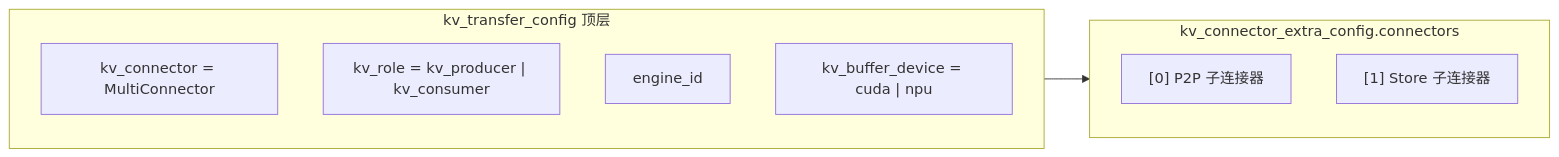
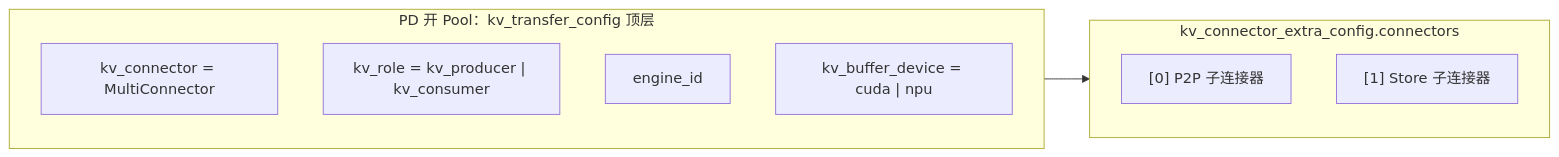
One commit to zhichao-lin/verl changed the fourth of 7 diagrams in docs/perf/cache_pool/kv_cache_pool_spec.md. Above: the diagram before and after it, drawn with Mermaid. The commit also changed other lines of this file and 10 other files, not shown here.

````diff
--- a/docs/perf/cache_pool/kv_cache_pool_spec.md
+++ b/docs/perf/cache_pool/kv_cache_pool_spec.md
@@ -140,14 +176,14 @@
 ```mermaid
 flowchart LR
-    subgraph Top["kv_transfer_config 顶层"]
+    subgraph Top["PD 开 Pool：kv_transfer_config 顶层"]
         C["kv_connector = MultiConnector"]
         R["kv_role = kv_producer | kv_consumer"]
         E["engine_id"]
         D["kv_buffer_device = cuda | npu"]
     end
     subgraph Extra["kv_connector_extra_config.connectors"]
         P2P["[0] P2P 子连接器"]
         ST["[1] Store 子连接器"]
     end
     Top --> Extra
 ```
````
